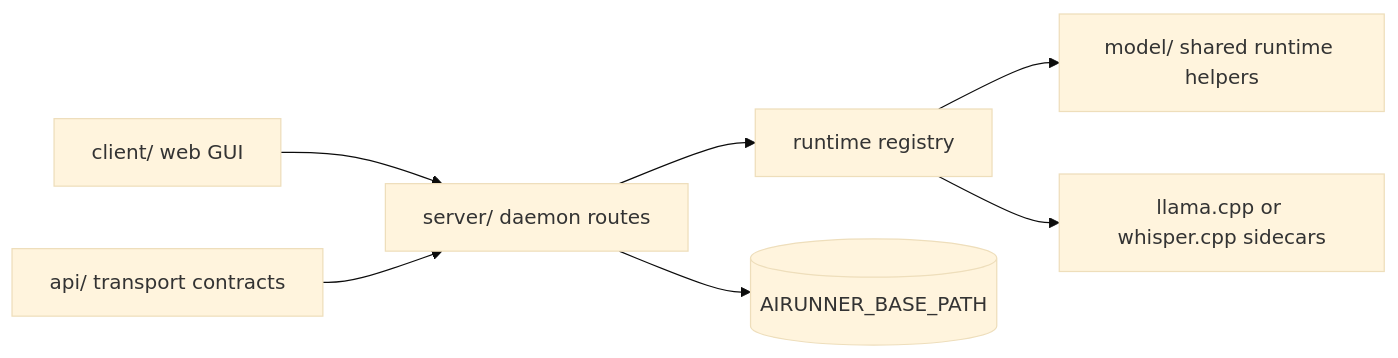
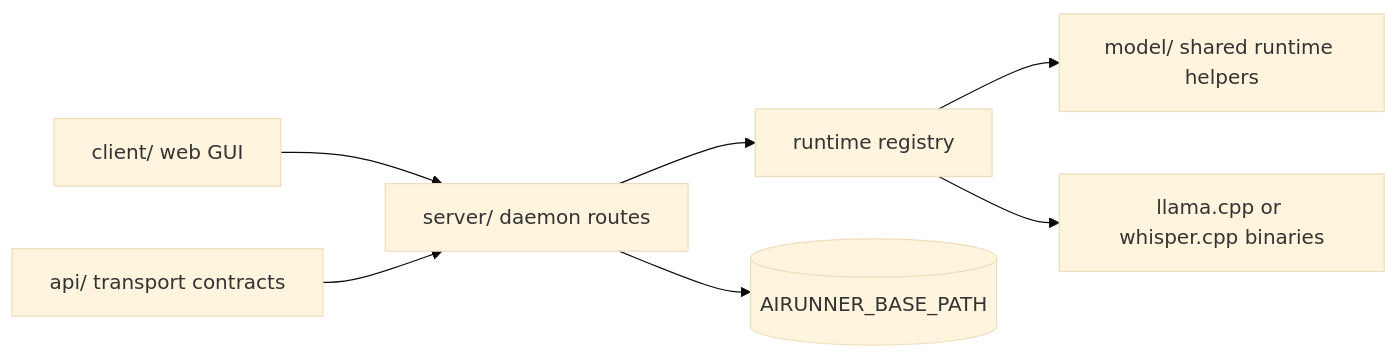
One commit to Capsize-Games/airunner changed the diagram in server/README.md. Above: the diagram before and after it, drawn with Mermaid (base theme). The commit also changed other lines of this file and 11 other files, not shown here.

````diff
--- a/server/README.md
+++ b/server/README.md
@@ -8,9 +8,9 @@
 ```mermaid
 flowchart LR
     Web[client/ web GUI] --> Daemon[server/ daemon routes]
     API[api/ transport contracts] --> Daemon
     Daemon --> Registry[runtime registry]
     Registry --> Model[model/ shared runtime helpers]
-    Registry --> Sidecars[llama.cpp or whisper.cpp sidecars]
+    Registry --> Native[llama.cpp or whisper.cpp binaries]
     Daemon --> Data[(AIRUNNER_BASE_PATH)]
 ```
````
